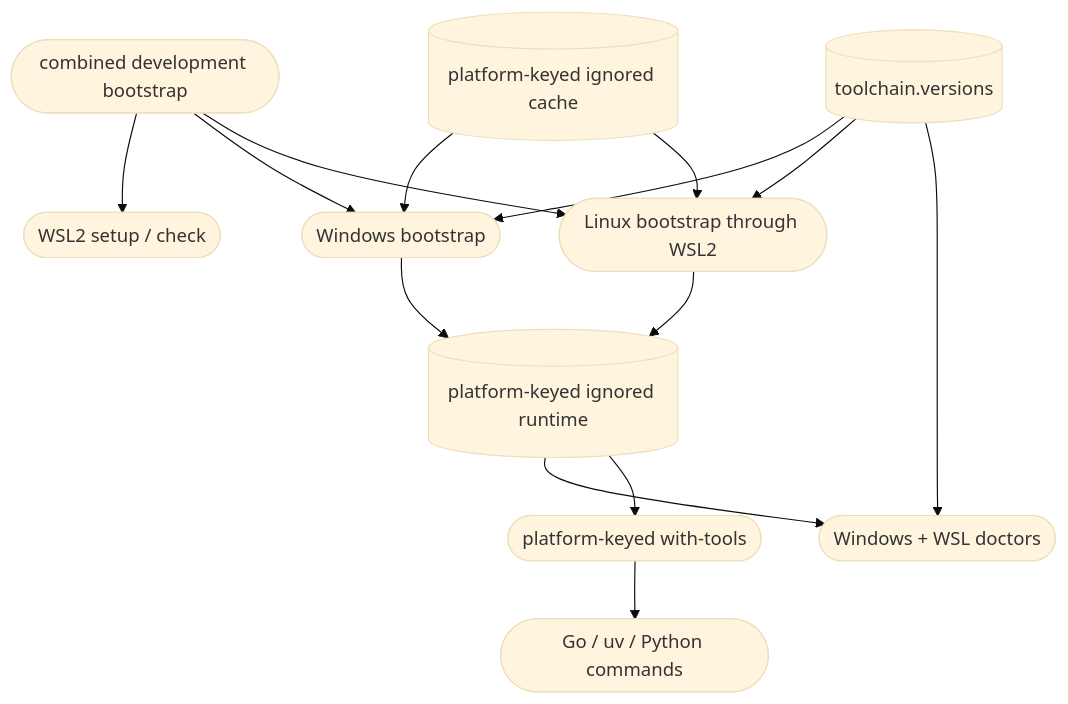
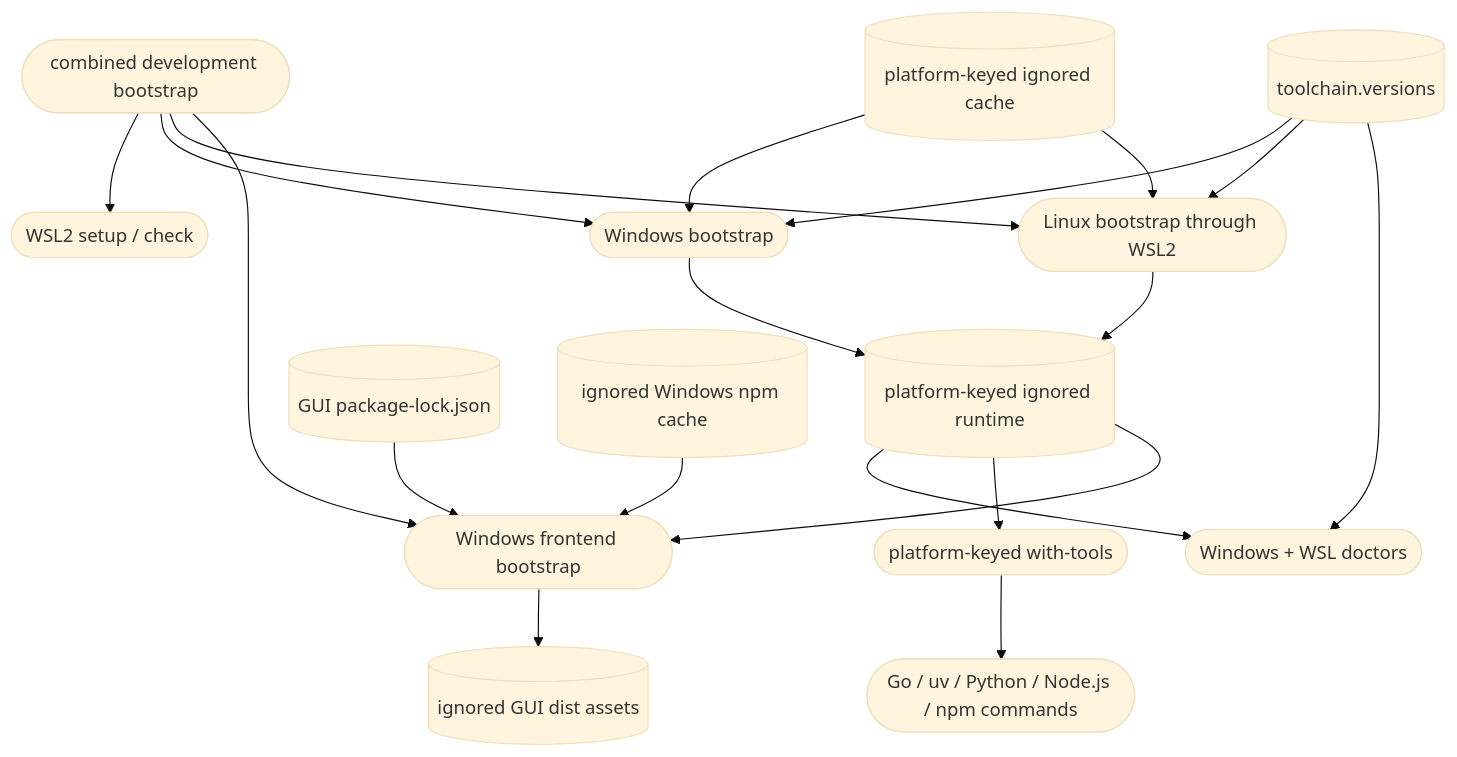
The diagram in .agentic/knowledge/repository-toolchain.md (DDP-Engineering/2026_Networked_Intelligent_Lab_Orchestrator), drawn with Mermaid (base theme) before and after one commit. The commit also changed other lines of this file and 44 other files, not shown here.

````diff
--- a/.agentic/knowledge/repository-toolchain.md
+++ b/.agentic/knowledge/repository-toolchain.md
@@ -32,26 +41,35 @@
 ```mermaid
 flowchart TD
     manifest[("toolchain.versions")]
     win_bootstrap(["Windows bootstrap"])
     linux_bootstrap(["Linux bootstrap through WSL2"])
     wsl_setup(["WSL2 setup / check"])
     combined(["combined development bootstrap"])
     cache[("platform-keyed ignored cache")]
     runtime[("platform-keyed ignored runtime")]
+    frontend_bootstrap(["Windows frontend bootstrap"])
+    gui_lock[("GUI package-lock.json")]
+    npm_cache[("ignored Windows npm cache")]
+    static_assets[("ignored GUI dist assets")]
     wrapper(["platform-keyed with-tools"])
     doctor(["Windows + WSL doctors"])
-    commands(["Go / uv / Python commands"])
+    commands(["Go / uv / Python / Node.js / npm commands"])
     combined --> wsl_setup
     combined --> win_bootstrap
     combined --> linux_bootstrap
+    combined --> frontend_bootstrap
     manifest --> win_bootstrap
     manifest --> linux_bootstrap
     cache --> win_bootstrap
     cache --> linux_bootstrap
     win_bootstrap --> runtime
     linux_bootstrap --> runtime
     manifest --> doctor
     runtime --> doctor
     runtime --> wrapper
     wrapper --> commands
+    runtime --> frontend_bootstrap
+    gui_lock --> frontend_bootstrap
+    npm_cache --> frontend_bootstrap
+    frontend_bootstrap --> static_assets
 ```
````
